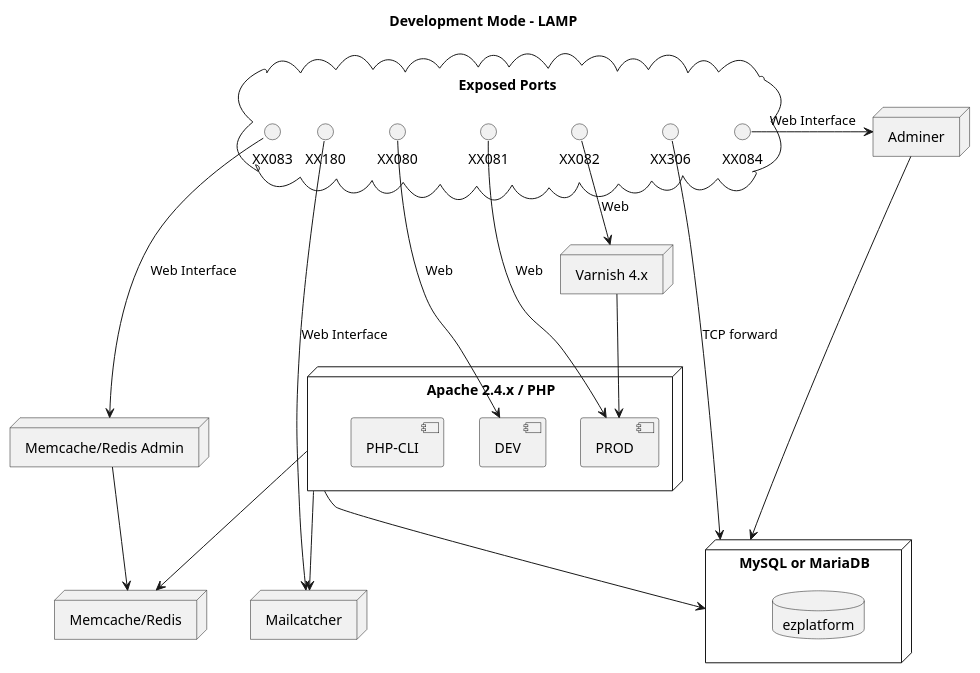
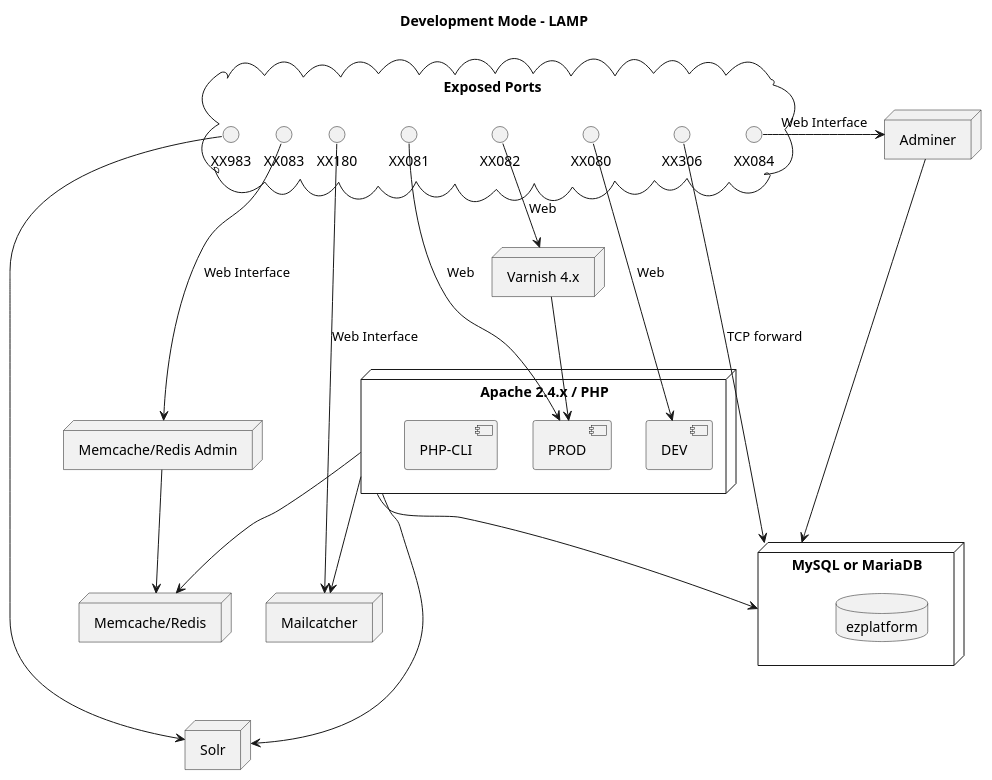
One commit to ezsystems/launchpad changed the diagram in docs/LAMP_architecture.puml. Above: the diagram before and after it, drawn with PlantUML. The commit also changed 20 other files, not shown here.

```diff
--- a/docs/LAMP_architecture.puml
+++ b/docs/LAMP_architecture.puml
@@ -1,60 +1,67 @@
 @startuml
 
 title "Development Mode - LAMP"
 
 cloud "Exposed Ports" {
     () XX080 as SymfonyDevModePort
     () XX081 as SymfonyProdModePort
     () XX082 as SymfonyProdModeVarnishPort
 
     () XX083 as MemcacheAdminPort
+    () XX983 as SorlPort
     () XX084 as DatabaseAdminPort
     () XX306 as DatabaseEnginePort
     () XX180 as MailcatcherPort
 }
 
 node "Apache 2.4.x / PHP" as engine {
     [PROD]
     [DEV]
     [PHP-CLI]
     }
 
 
 node "MySQL or MariaDB" as db {
     database "ezplatform" as StandardDB
 }
 
 node "Memcache/Redis" as appcache {
 }
 
 node "Varnish 4.x" as varnish {
 }
 
 node "Memcache/Redis Admin" as memcacheadmin {
 }
 
 node "Mailcatcher" as mailcatcher {
 }
 
 node "Adminer" as dbadmin {
 }
 
+node "Solr" as solr {
+}
+
+
 
 MemcacheAdminPort -> memcacheadmin: Web Interface
 DatabaseEnginePort ---> db: TCP forward
 MailcatcherPort -> mailcatcher: Web Interface
 DatabaseAdminPort -> dbadmin: Web Interface
+SorlPort -> solr
 
 SymfonyDevModePort --> DEV: Web
 SymfonyProdModePort --> PROD: Web
 SymfonyProdModeVarnishPort --> varnish: Web
 varnish --> PROD
 
 engine --> db
 engine --> appcache
 engine --> mailcatcher
+engine ---> solr
 
 memcacheadmin --> appcache
 
 dbadmin --> db
 @enduml
```
